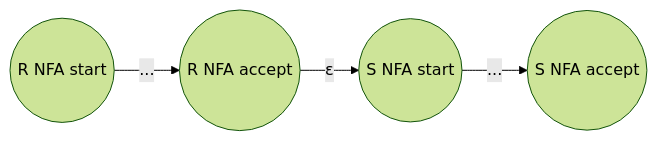
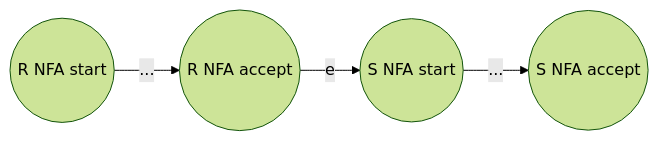
The third of 4 diagrams in docs/courses/compiler-design/02-lexical.md (Raushan666java/ai-engineering-journey), drawn with Mermaid (forest theme) before and after one commit. The commit also changed other lines of this file and 790 other files, not shown here.

Commit message:
Sync all course diagram renders and content updates

````diff
--- a/docs/courses/compiler-design/02-lexical.md
+++ b/docs/courses/compiler-design/02-lexical.md
@@ -117,6 +117,6 @@
 ```mermaid
 graph LR
     r((R NFA start)) --...--> ra((R NFA accept))
-    ra --ε--> s((S NFA start))
+    ra --e--> s((S NFA start))
     s --...--> sa((S NFA accept))
 ```
````
